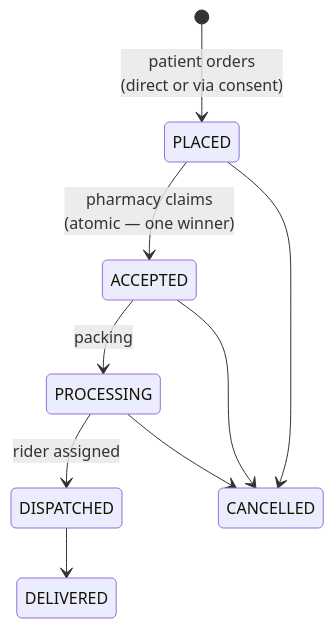
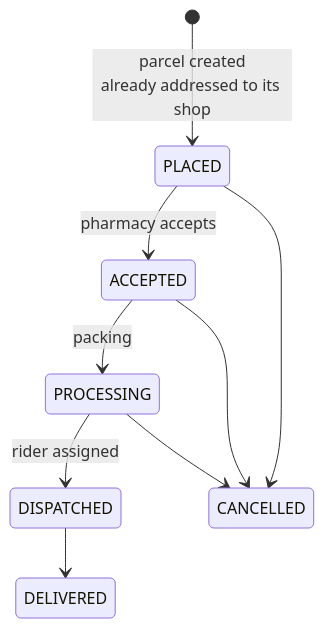
Before and after one commit to viqSTAR/healthbuddy: the fourth of 7 diagrams in ARCHITECTURE.md, drawn with Mermaid. The commit also changed other lines of this file and 52 other files, not shown here.

````diff
--- a/ARCHITECTURE.md
+++ b/ARCHITECTURE.md
@@ -146,11 +165,11 @@
 ```mermaid
 stateDiagram-v2
-    [*] --> PLACED: patient orders<br/>(direct or via consent)
-    PLACED --> ACCEPTED: pharmacy claims<br/>(atomic — one winner)
+    [*] --> PLACED: parcel created<br/>already addressed to its shop
+    PLACED --> ACCEPTED: pharmacy accepts
     ACCEPTED --> PROCESSING: packing
     PROCESSING --> DISPATCHED: rider assigned
     DISPATCHED --> DELIVERED
     PLACED --> CANCELLED
     ACCEPTED --> CANCELLED
     PROCESSING --> CANCELLED
 ```
````
